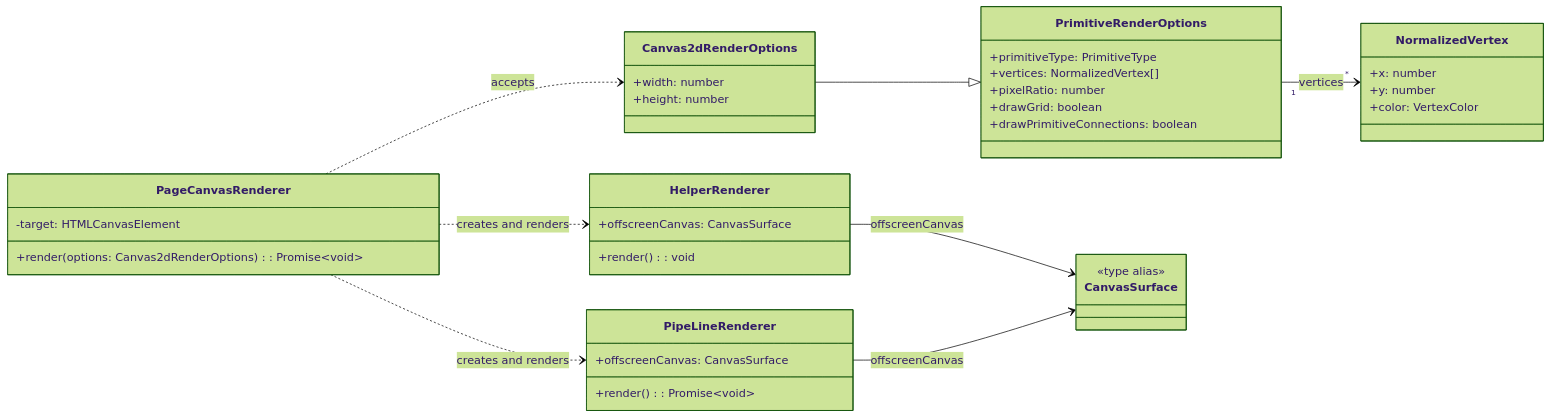
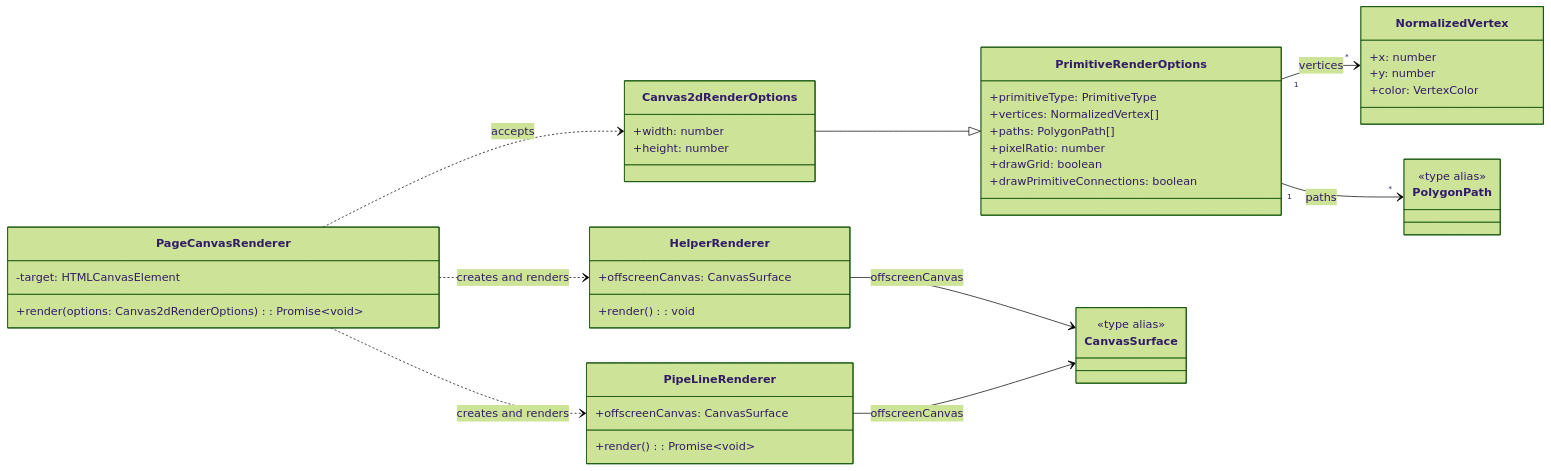
Before and after one commit to Lethe-HJ/render-pipeline: the second of 2 diagrams in 设计总览.md, drawn with Mermaid (forest theme). The commit also changed other lines of this file and 9 other files, not shown here.

Commit message:
feat: support polygon paths and holes

````diff
--- a/设计总览.md
+++ b/设计总览.md
@@ -26,50 +26,56 @@
 ```mermaid
 classDiagram
 	direction LR
 
 	class PageCanvasRenderer {
 		-target: HTMLCanvasElement
 		+render(options: Canvas2dRenderOptions): Promise~void~
 	}
 
 	class HelperRenderer {
 		+offscreenCanvas: CanvasSurface
 		+render(): void
 	}
 
 	class PipeLineRenderer {
 		+offscreenCanvas: CanvasSurface
 		+render(): Promise~void~
 	}
 
 	class Canvas2dRenderOptions {
 		+width: number
 		+height: number
 	}
 
 	class PrimitiveRenderOptions {
 		+primitiveType: PrimitiveType
 		+vertices: NormalizedVertex[]
+		+paths: PolygonPath[]
 		+pixelRatio: number
 		+drawGrid: boolean
 		+drawPrimitiveConnections: boolean
 	}
 
 	class NormalizedVertex {
 		+x: number
 		+y: number
 		+color: VertexColor
 	}
 
+	class PolygonPath {
+		<<type alias>>
+	}
+
 	class CanvasSurface {
 		<<type alias>>
 	}
 
 	PageCanvasRenderer ..> HelperRenderer : creates and renders
 	PageCanvasRenderer ..> PipeLineRenderer : creates and renders
 	PageCanvasRenderer ..> Canvas2dRenderOptions : accepts
 	Canvas2dRenderOptions --|> PrimitiveRenderOptions
 	PrimitiveRenderOptions "1" --> "*" NormalizedVertex : vertices
+	PrimitiveRenderOptions "1" --> "*" PolygonPath : paths
 	HelperRenderer --> CanvasSurface : offscreenCanvas
 	PipeLineRenderer --> CanvasSurface : offscreenCanvas
 ```
````
